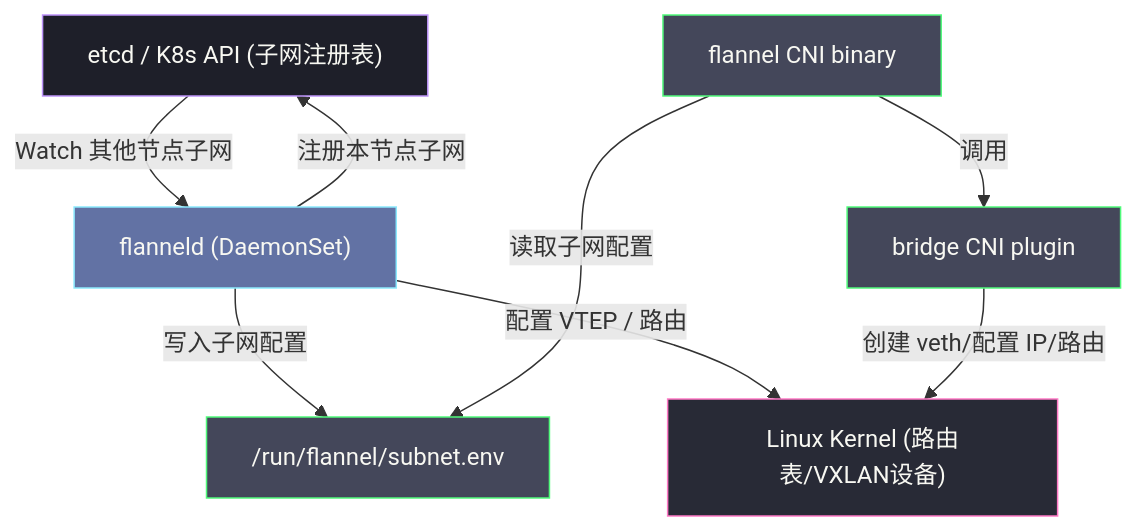
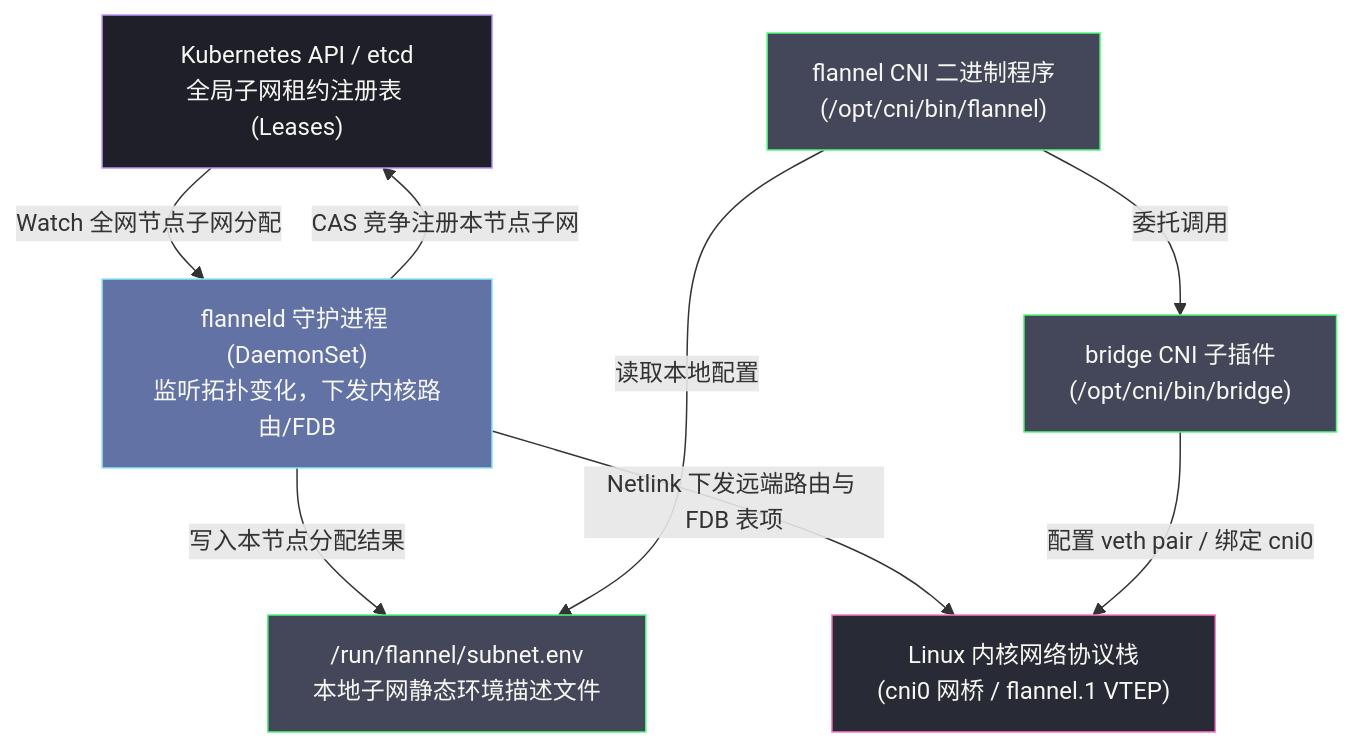
The first of 4 diagrams in content/云原生/Kubernetes/kubernetes网络原理与插件/03 Flannel深度解析——VXLAN、Host-GW与UDP模式.md (hpliStartAgain/my-brain), drawn with Mermaid before and after one commit. The commit also changed other lines of this file and 29 other files, not shown here.

````diff
--- a/content/云原生/Kubernetes/kubernetes网络原理与插件/03 Flannel深度解析——VXLAN、Host-GW与UDP模式.md
+++ b/content/云原生/Kubernetes/kubernetes网络原理与插件/03 Flannel深度解析——VXLAN、Host-GW与UDP模式.md
@@ -43,29 +39,30 @@
 ```mermaid
 %%{init: {'theme': 'dracula'}}%%
 graph TD
     classDef daemon fill:#6272a4,stroke:#8be9fd,color:#f8f8f2
     classDef cni fill:#44475a,stroke:#50fa7b,color:#f8f8f2
     classDef kernel fill:#282a36,stroke:#ff79c6,color:#f8f8f2
     classDef storage fill:#1e1f29,stroke:#bd93f9,color:#f8f8f2
 
-    etcd["etcd / K8s API (子网注册表)"]
-    daemon["flanneld (DaemonSet)"]
-    subnetenv["/run/flannel/subnet.env"]
-    cnibinary["flannel CNI binary"]
-    bridge["bridge CNI plugin"]
-    kernel["Linux Kernel (路由表/VXLAN设备)"]
+    etcd["Kubernetes API / etcd<br/>全局子网租约注册表 (Leases)"]
+    daemon["flanneld 守护进程 (DaemonSet)<br/>监听拓扑变化，下发内核路由/FDB"]
+    subnetenv["/run/flannel/subnet.env<br/>本地子网静态环境描述文件"]
+    cnibinary["flannel CNI 二进制程序<br/>(/opt/cni/bin/flannel)"]
+    bridge["bridge CNI 子插件<br/>(/opt/cni/bin/bridge)"]
+    kernel["Linux 内核网络协议栈<br/>(cni0 网桥 / flannel.1 VTEP)"]
 
-    etcd -->|"Watch 其他节点子网"| daemon
-    daemon -->|"注册本节点子网"| etcd
-    daemon -->|"写入子网配置"| subnetenv
-    daemon -->|"配置 VTEP / 路由"| kernel
-    cnibinary -->|"读取子网配置"| subnetenv
-    cnibinary -->|"调用"| bridge
-    bridge -->|"创建 veth/配置 IP/路由"| kernel
+    etcd -->|"Watch 全网节点子网分配"| daemon
+    daemon -->|"CAS 竞争注册本节点子网"| etcd
+    daemon -->|"写入本节点分配结果"| subnetenv
+    daemon -->|"Netlink 下发远端路由与 FDB 表项"| kernel
+
+    cnibinary -->|"读取本地配置"| subnetenv
+    cnibinary -->|"委托调用"| bridge
+    bridge -->|"配置 veth pair / 绑定 cni0"| kernel
 
     class daemon daemon
     class cnibinary,bridge cni
     class kernel kernel
     class etcd storage
     class subnetenv cni
 ```
````
